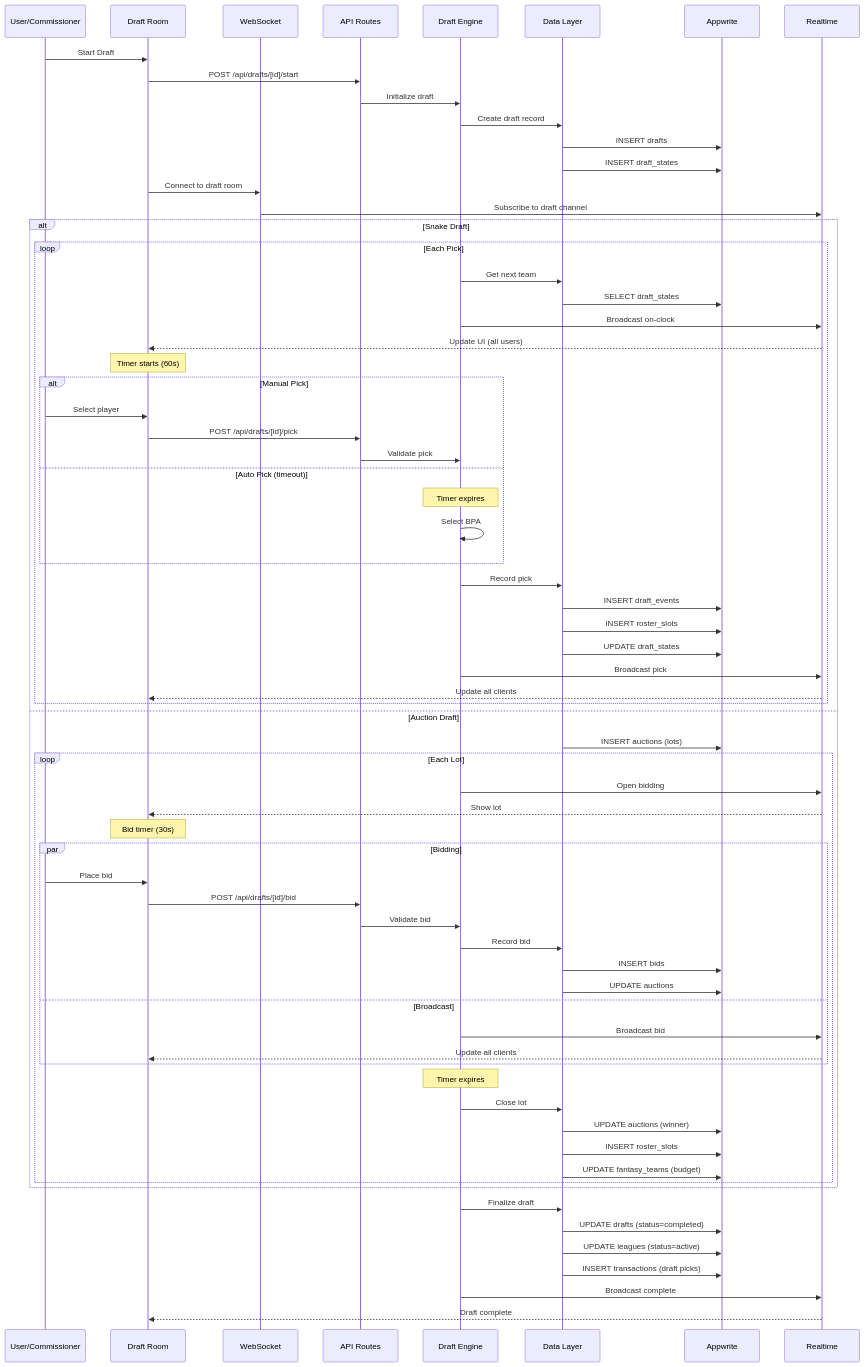
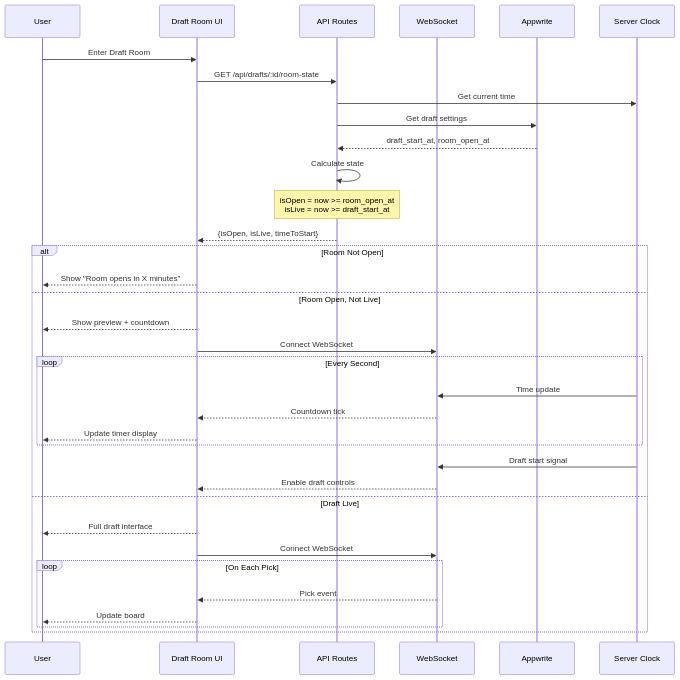
Before and after one commit to kpm34/college-football-fantasy-app: the third of 3 diagrams in docs/diagrams/functional-architecture/draft.md, drawn with Mermaid. The commit also changed other lines of this file and 3 other files, not shown here.

````diff
--- a/docs/diagrams/functional-architecture/draft.md
+++ b/docs/diagrams/functional-architecture/draft.md
@@ -123,89 +110,45 @@
 ```mermaid
 sequenceDiagram
-  participant U as User/Commissioner
-  participant UI as Draft Room
-  participant WS as WebSocket
-  participant API as API Routes
-  participant Engine as Draft Engine
-  participant DAL as Data Layer
-  participant DB as Appwrite
-  participant RT as Realtime
-  
-  %% Start Draft
-  U->>UI: Start Draft
-  UI->>API: POST /api/drafts/[id]/start
-  API->>Engine: Initialize draft
-  Engine->>DAL: Create draft record
-  DAL->>DB: INSERT drafts
-  DAL->>DB: INSERT draft_states
-  
-  %% WebSocket Connection
-  UI->>WS: Connect to draft room
-  WS->>RT: Subscribe to draft channel
-  
-  %% Snake Draft Pick
-  alt Snake Draft
-    loop Each Pick
-      Engine->>DAL: Get next team
-      DAL->>DB: SELECT draft_states
-      Engine->>RT: Broadcast on-clock
-      RT-->>UI: Update UI (all users)
-      
-      Note over UI: Timer starts (60s)
-      
-      alt Manual Pick
-        U->>UI: Select player
-        UI->>API: POST /api/drafts/[id]/pick
-        API->>Engine: Validate pick
-      else Auto Pick (timeout)
-        Note over Engine: Timer expires
-        Engine->>Engine: Select BPA
-      end
-      
-      Engine->>DAL: Record pick
-      DAL->>DB: INSERT draft_events
-      DAL->>DB: INSERT roster_slots
-      DAL->>DB: UPDATE draft_states
-      
-      Engine->>RT: Broadcast pick
-      RT-->>UI: Update all clients
+    participant U as User
+    participant UI as Draft Room UI
+    participant API as API Routes
+    participant WS as WebSocket
+    participant DB as Appwrite
+    participant Clock as Server Clock
+    
+    U->>UI: Enter Draft Room
+    UI->>API: GET /api/drafts/:id/room-state
+    
+    API->>Clock: Get current time
+    API->>DB: Get draft settings
+    DB-->>API: draft_start_at, room_open_at
+    
+    API->>API: Calculate state
+    Note over API: isOpen = now >= room_open_at<br/>isLive = now >= draft_start_at
+    
+    API-->>UI: {isOpen, isLive, timeToStart}
+    
+    alt Room Not Open
+        UI-->>U: Show "Room opens in X minutes"
+    else Room Open, Not Live
+        UI-->>U: Show preview + countdown
+        UI->>WS: Connect WebSocket
+        
+        loop Every Second
+            Clock->>WS: Time update
+            WS-->>UI: Countdown tick
+            UI-->>U: Update timer display
+        end
+        
+        Clock->>WS: Draft start signal
+        WS-->>UI: Enable draft controls
+    else Draft Live
+        UI-->>U: Full draft interface
+        UI->>WS: Connect WebSocket
+        
+        loop On Each Pick
+            WS-->>UI: Pick event
+            UI-->>U: Update board
+        end
     end
-  
-  %% Auction Draft Bid
-  else Auction Draft
-    DAL->>DB: INSERT auctions (lots)
-    
-    loop Each Lot
-      Engine->>RT: Open bidding
-      RT-->>UI: Show lot
-      
-      Note over UI: Bid timer (30s)
-      
-      par Bidding
-        U->>UI: Place bid
-        UI->>API: POST /api/drafts/[id]/bid
-        API->>Engine: Validate bid
-        Engine->>DAL: Record bid
-        DAL->>DB: INSERT bids
-        DAL->>DB: UPDATE auctions
-      and Broadcast
-        Engine->>RT: Broadcast bid
-        RT-->>UI: Update all clients
-      end
-      
-      Note over Engine: Timer expires
-      Engine->>DAL: Close lot
-      DAL->>DB: UPDATE auctions (winner)
-      DAL->>DB: INSERT roster_slots
-      DAL->>DB: UPDATE fantasy_teams (budget)
-    end
-  end
-  
-  %% Complete Draft
-  Engine->>DAL: Finalize draft
-  DAL->>DB: UPDATE drafts (status=completed)
-  DAL->>DB: UPDATE leagues (status=active)
-  DAL->>DB: INSERT transactions (draft picks)
-  Engine->>RT: Broadcast complete
-  RT-->>UI: Draft complete
 ```
````
